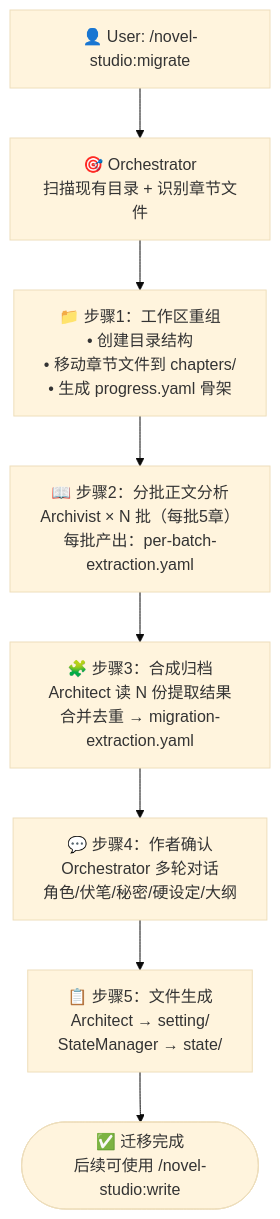
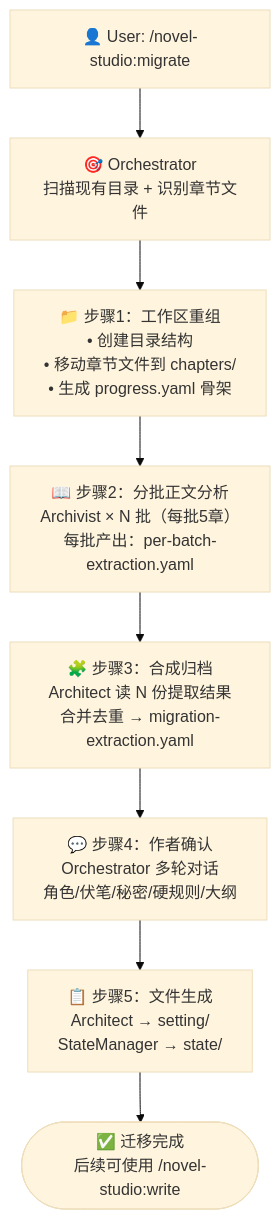
Before and after one commit to deathwhispers/novel-studio: the diagram in workflows/migrate-project.md, drawn with Mermaid (base theme). The commit also changed other lines of this file and 19 other files, not shown here.

First line of the commit message:
feat: core 承载灵魂契约 + setting 拆细则 — 作品总表→作品核心、硬设定→硬规则

````diff
--- a/workflows/migrate-project.md
+++ b/workflows/migrate-project.md
@@ -11,18 +11,18 @@
 ```mermaid
 flowchart TD
     User["👤 User: /novel-studio:migrate"]
     Orchestrator["🎯 Orchestrator<br/>扫描现有目录 + 识别章节文件"]
 
     User --> Orchestrator
 
     Orchestrator --> Step1["📁 步骤1：工作区重组<br/>• 创建目录结构<br/>• 移动章节文件到 chapters/<br/>• 生成 progress.yaml 骨架"]
 
     Step1 --> Step2["📖 步骤2：分批正文分析<br/>Archivist × N 批（每批5章）<br/>每批产出：per-batch-extraction.yaml"]
 
     Step2 --> Step3["🧩 步骤3：合成归档<br/>Architect 读 N 份提取结果<br/>合并去重 → migration-extraction.yaml"]
 
-    Step3 --> Step4["💬 步骤4：作者确认<br/>Orchestrator 多轮对话<br/>角色/伏笔/秘密/硬设定/大纲"]
+    Step3 --> Step4["💬 步骤4：作者确认<br/>Orchestrator 多轮对话<br/>角色/伏笔/秘密/硬规则/大纲"]
 
     Step4 --> Step5["📋 步骤5：文件生成<br/>Architect → setting/<br/>StateManager → state/"]
     Step5 --> Done(["✅ 迁移完成<br/>后续可使用 /novel-studio:write"])
 ```
````
